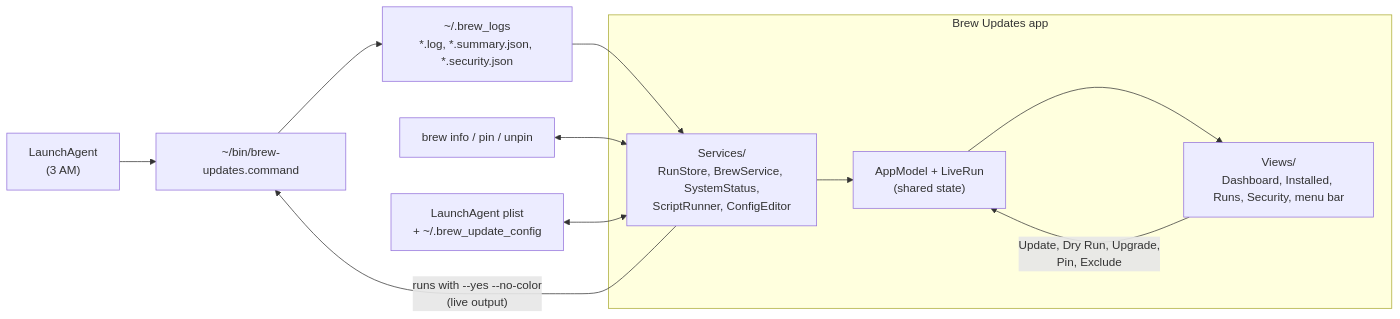
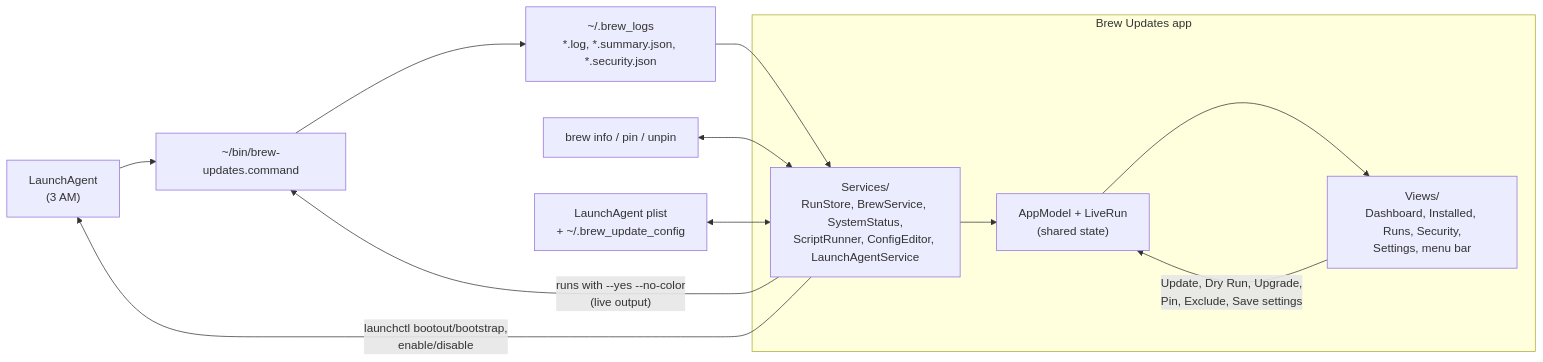
Before and after one commit to jxman/homebrew-update-assistant: the diagram in app/GUIDE.md, drawn with Mermaid. The commit also changed other lines of this file and 15 other files, not shown here.

First line of the commit message:
feat: add Settings window for schedule and config (phase 3)

````diff
--- a/app/GUIDE.md
+++ b/app/GUIDE.md
@@ -20,14 +20,15 @@
 ```mermaid
 flowchart LR
     agent["LaunchAgent<br/>(3 AM)"] --> script["~/bin/brew-updates.command"]
     script --> logs["~/.brew_logs<br/>*.log, *.summary.json, *.security.json"]
     subgraph app["Brew Updates app"]
-        services["Services/<br/>RunStore, BrewService, SystemStatus,<br/>ScriptRunner, ConfigEditor"] --> model["AppModel + LiveRun<br/>(shared state)"]
-        model --> views["Views/<br/>Dashboard, Installed, Runs, Security, menu bar"]
-        views -- "Update, Dry Run, Upgrade,<br/>Pin, Exclude" --> model
+        services["Services/<br/>RunStore, BrewService, SystemStatus,<br/>ScriptRunner, ConfigEditor, LaunchAgentService"] --> model["AppModel + LiveRun<br/>(shared state)"]
+        model --> views["Views/<br/>Dashboard, Installed, Runs, Security,<br/>Settings, menu bar"]
+        views -- "Update, Dry Run, Upgrade,<br/>Pin, Exclude, Save settings" --> model
     end
     logs --> services
     brew["brew info / pin / unpin"] <--> services
     plist["LaunchAgent plist<br/>+ ~/.brew_update_config"] <--> services
+    services -- "launchctl bootout/bootstrap,<br/>enable/disable" --> agent
     services -- "runs with --yes --no-color<br/>(live output)" --> script
 ```
````
